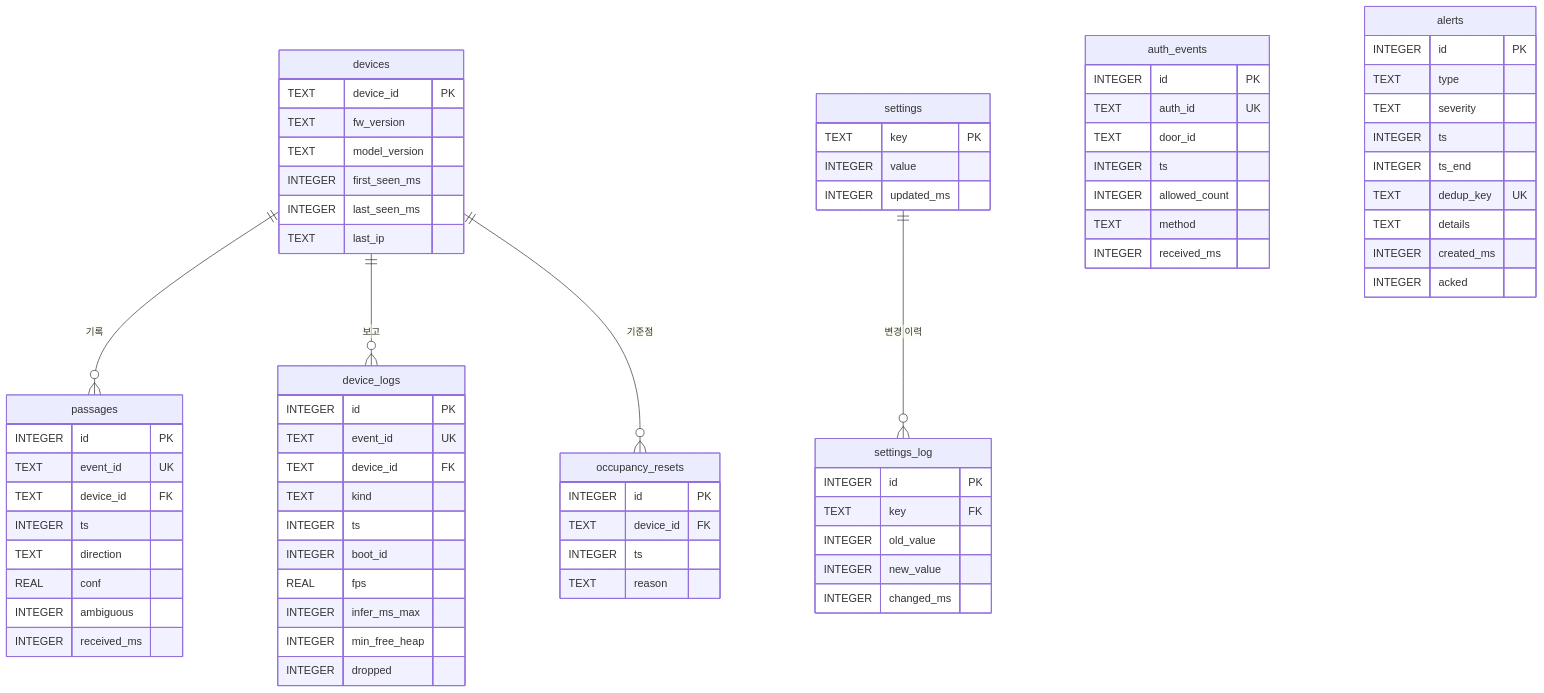
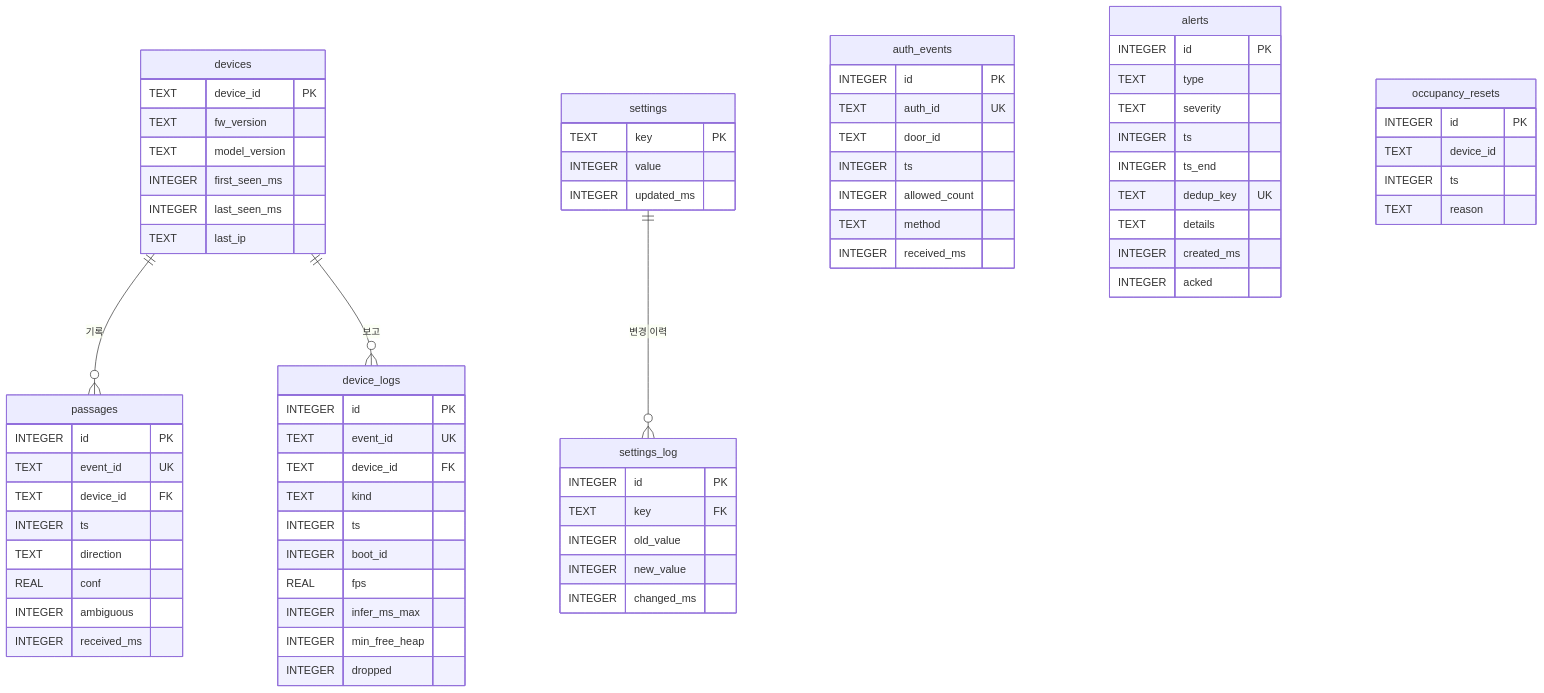
Before and after one commit to jen282/edge-doorkeeper: the diagram in docs/07-database.md, drawn with Mermaid. The commit also changed other lines of this file and 17 other files, not shown here.

````diff
--- a/docs/07-database.md
+++ b/docs/07-database.md
@@ -26,75 +26,74 @@
 ```mermaid
 erDiagram
   devices ||--o{ passages : "기록"
   devices ||--o{ device_logs : "보고"
-  devices ||--o{ occupancy_resets : "기준점"
   settings ||--o{ settings_log : "변경 이력"
   devices {
     TEXT device_id PK
     TEXT fw_version
     TEXT model_version
     INTEGER first_seen_ms
     INTEGER last_seen_ms
     TEXT last_ip
   }
   settings {
     TEXT key PK
     INTEGER value
     INTEGER updated_ms
   }
   settings_log {
     INTEGER id PK
     TEXT key FK
     INTEGER old_value
     INTEGER new_value
     INTEGER changed_ms
   }
   passages {
     INTEGER id PK
     TEXT event_id UK
     TEXT device_id FK
     INTEGER ts
     TEXT direction
     REAL conf
     INTEGER ambiguous
     INTEGER received_ms
   }
   auth_events {
     INTEGER id PK
     TEXT auth_id UK
     TEXT door_id
     INTEGER ts
     INTEGER allowed_count
     TEXT method
     INTEGER received_ms
   }
   alerts {
     INTEGER id PK
     TEXT type
     TEXT severity
     INTEGER ts
     INTEGER ts_end
     TEXT dedup_key UK
     TEXT details
     INTEGER created_ms
     INTEGER acked
   }
   device_logs {
     INTEGER id PK
     TEXT event_id UK
     TEXT device_id FK
     TEXT kind
     INTEGER ts
     INTEGER boot_id
     REAL fps
     INTEGER infer_ms_max
     INTEGER min_free_heap
     INTEGER dropped
   }
   occupancy_resets {
     INTEGER id PK
-    TEXT device_id FK
+    TEXT device_id
     INTEGER ts
     TEXT reason
   }
 ```
````
